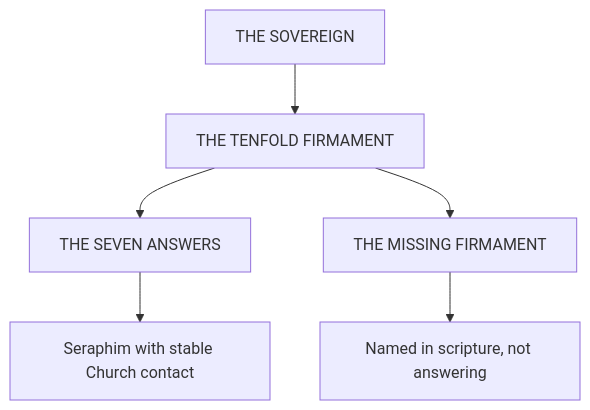
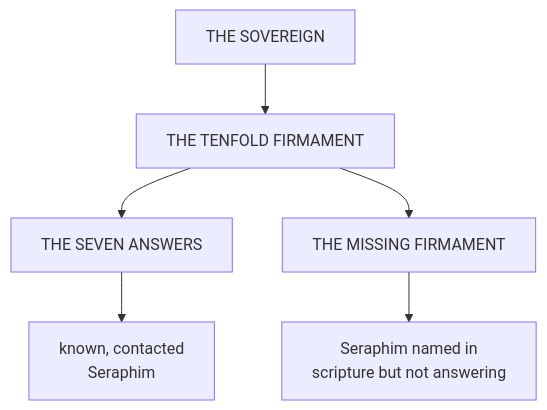
The diagram in src/content/systems_en/firmament.md (Saiken-Exsydra/sine-archives), drawn with Mermaid before and after one commit. The commit also changed 3 other files, not shown here.

Commit message:
Refine Mermaid diagram presentation

````diff
--- a/src/content/systems_en/firmament.md
+++ b/src/content/systems_en/firmament.md
@@ -56,15 +56,15 @@
 ```mermaid
 flowchart TD
   Sovereign["THE SOVEREIGN"]
   Tenfold["THE TENFOLD FIRMAMENT"]
   Seven["THE SEVEN ANSWERS"]
   Missing["THE MISSING FIRMAMENT"]
-  Stable["Seraphim with stable Church contact"]
-  Silent["Named in scripture, not answering"]
+  Stable["known, contacted <br/> Seraphim"]
+  Silent["Seraphim named in <br/> scripture but not answering"]
 
   Sovereign --> Tenfold
   Tenfold --> Seven
   Seven --> Stable
   Tenfold --> Missing
   Missing --> Silent
 ```
````
